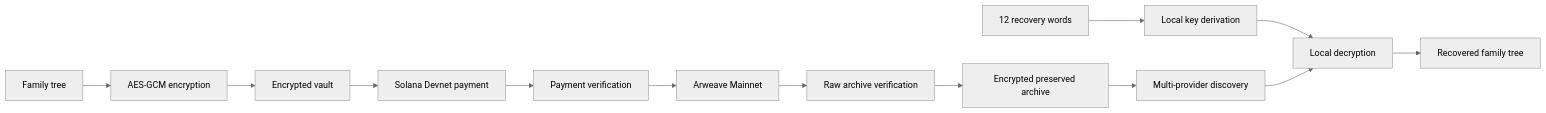
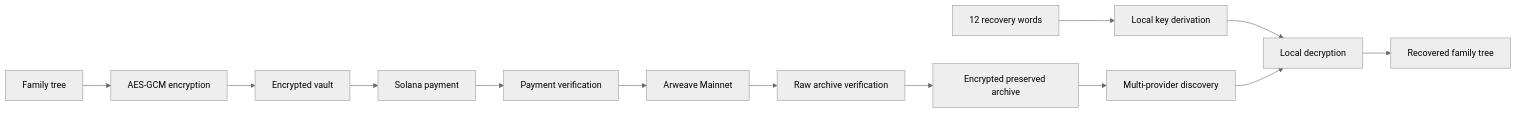
One commit to azovskaya/sejire_arweave_solana changed the diagram in README.md. Above: the diagram before and after it, drawn with Mermaid (neutral theme). The commit also changed other lines of this file and 10 other files, not shown here.

````diff
--- a/README.md
+++ b/README.md
@@ -78,15 +86,15 @@
 ```mermaid
 flowchart LR
     A[Family tree] --> B[AES-GCM encryption]
     B --> C[Encrypted vault]
-    C --> D[Solana Devnet payment]
+    C --> D[Solana payment]
     D --> E[Payment verification]
     E --> F[Arweave Mainnet]
     F --> G[Raw archive verification]
     G --> H[Encrypted preserved archive]
     R[12 recovery words] --> I[Local key derivation]
     H --> J[Multi-provider discovery]
     I --> K[Local decryption]
     J --> K
     K --> L[Recovered family tree]
 ```
````
